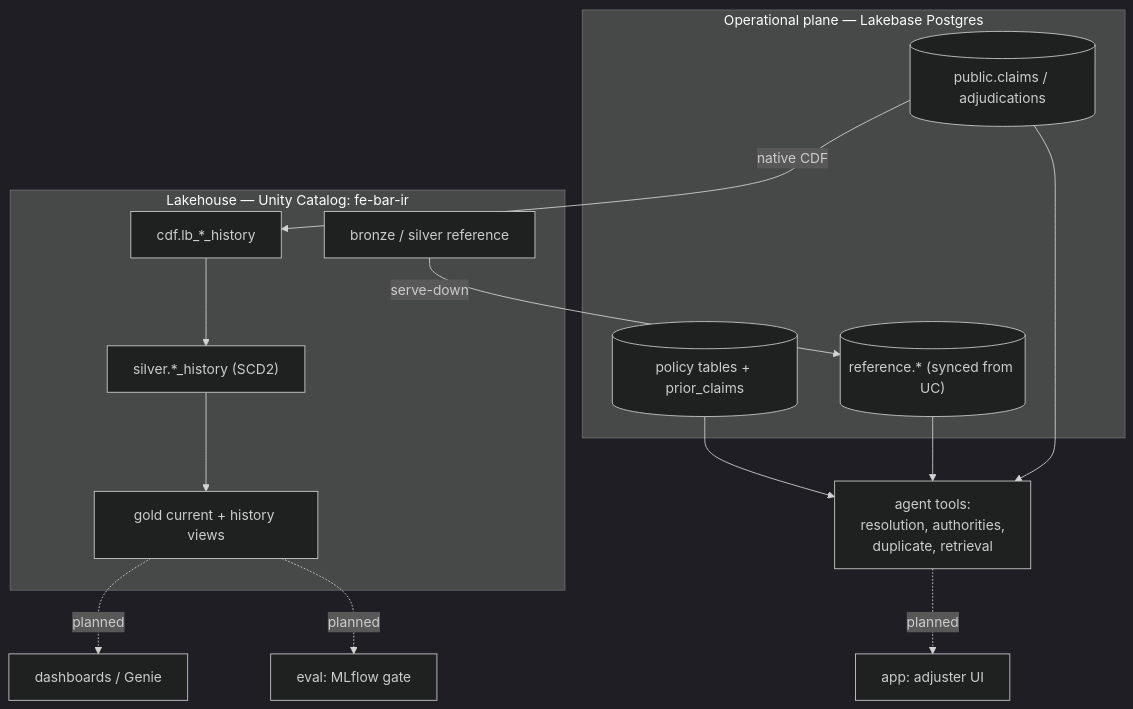
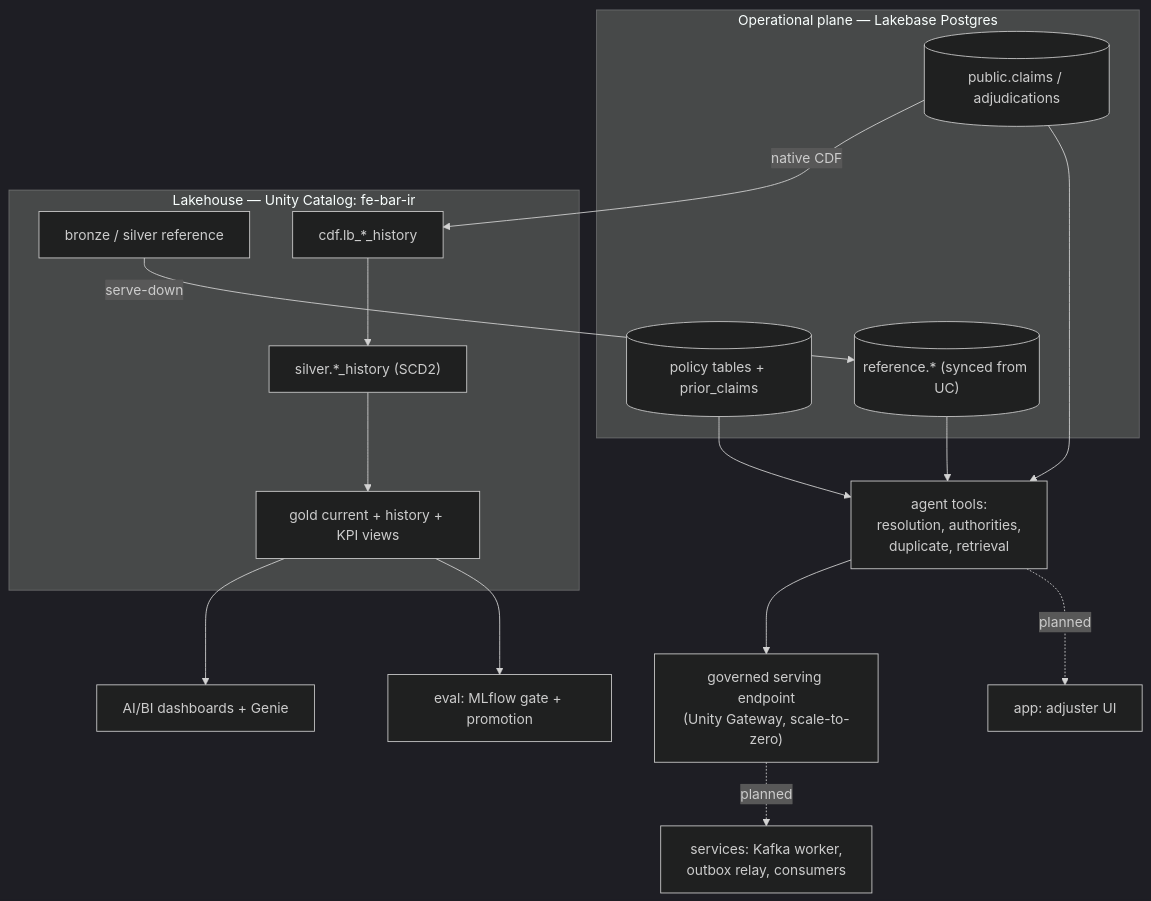
The diagram in docs/README.md (Irtebat/claims-adjudication-agent-demo), drawn with Mermaid (dark theme) before and after one commit. The commit also changed other lines of this file, not shown here.

Commit message:
Refresh docs status, architecture, and evidence index to merged state

````diff
--- a/docs/README.md
+++ b/docs/README.md
@@ -13,24 +15,27 @@
 ```mermaid
 flowchart TB
   subgraph OLTP["Operational plane — Lakebase Postgres"]
     claims[("public.claims / adjudications")]
     policy[("policy tables + prior_claims")]
     ref[("reference.* (synced from UC)")]
   end
   subgraph LH["Lakehouse — Unity Catalog: fe-bar-ir"]
     refsrc["bronze / silver reference"]
     cdfland["cdf.lb_*_history"]
     silverh["silver.*_history (SCD2)"]
-    gold["gold current + history views"]
+    gold["gold current + history + KPI views"]
   end
   agent["agent tools:<br/>resolution, authorities,<br/>duplicate, retrieval"]
+  endpoint["governed serving endpoint<br/>(Unity Gateway, scale-to-zero)"]
 
   refsrc -- "serve-down" --> ref
   claims -- "native CDF" --> cdfland --> silverh --> gold
   policy --> agent
   ref --> agent
   claims --> agent
+  agent --> endpoint
+  gold --> dash["AI/BI dashboards + Genie"]
+  gold --> evalx["eval: MLflow gate + promotion"]
   agent -. planned .-> app["app: adjuster UI"]
-  gold -. planned .-> dash["dashboards / Genie"]
-  gold -. planned .-> evalx["eval: MLflow gate"]
+  endpoint -. planned .-> svc["services: Kafka worker,<br/>outbox relay, consumers"]
 ```
````
